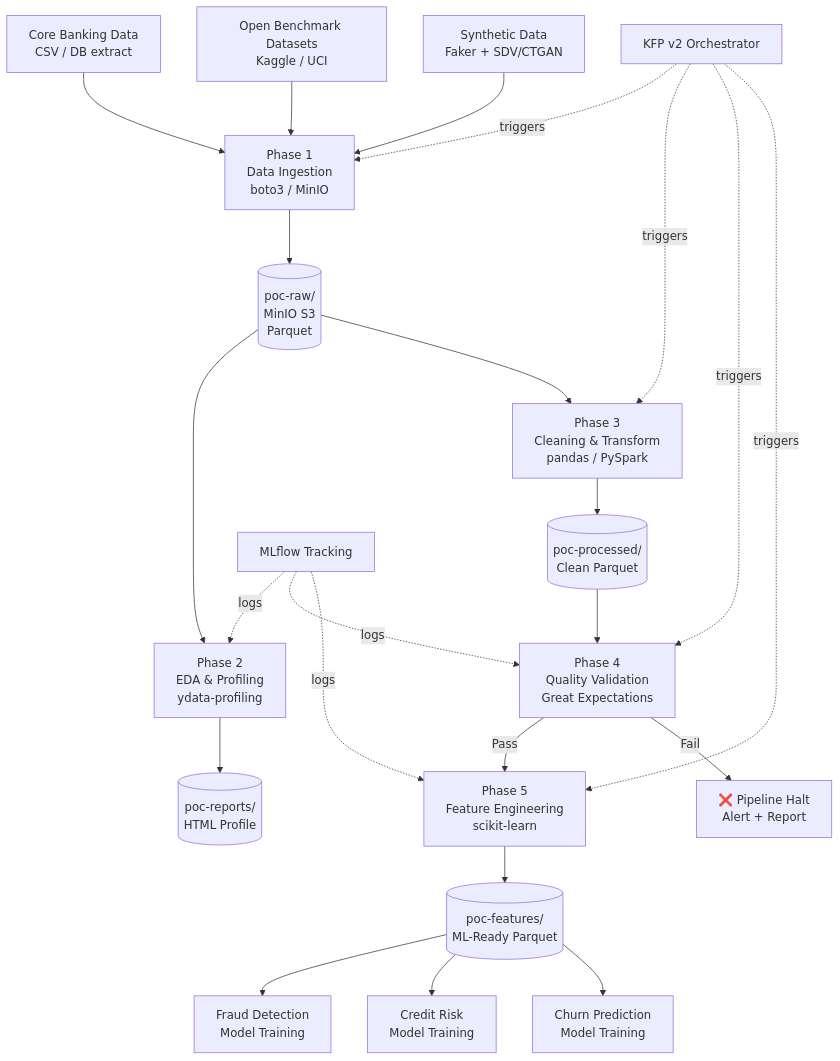
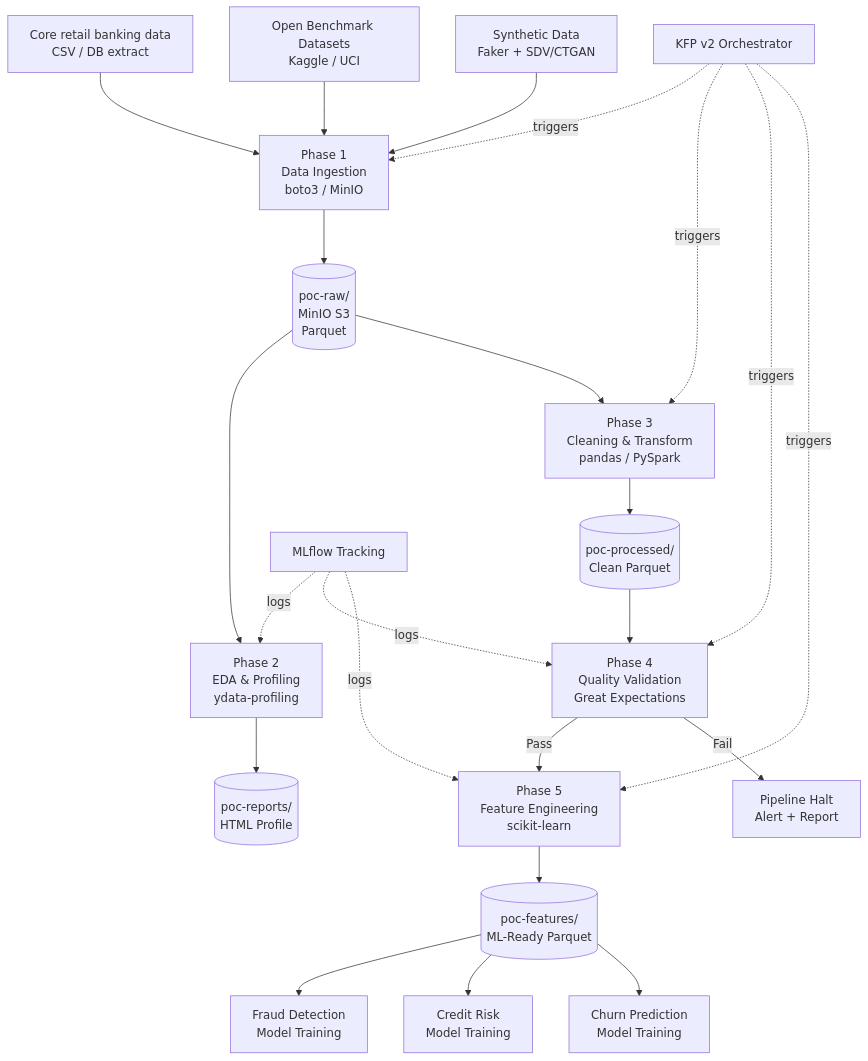
One commit to iwakiel/openshift-ai-data-prep-poc changed the diagram in docs/architecture.md. Above: the diagram before and after it, drawn with Mermaid. The commit also changed other lines of this file and 11 other files, not shown here.

First line of the commit message:
refactor: retail banking focus, fix KFP imports, remove all icons

````diff
--- a/docs/architecture.md
+++ b/docs/architecture.md
@@ -32,33 +32,33 @@
 ```mermaid
 flowchart TD
-    A1[Core Banking Data\nCSV / DB extract] --> ING
-    A2[Open Benchmark Datasets\nKaggle / UCI] --> ING
-    A3[Synthetic Data\nFaker + SDV/CTGAN] --> ING
+ A1[Core retail banking data\nCSV / DB extract] --> ING
+ A2[Open Benchmark Datasets\nKaggle / UCI] --> ING
+ A3[Synthetic Data\nFaker + SDV/CTGAN] --> ING
 
-    ING[Phase 1\nData Ingestion\nboto3 / MinIO] --> RAW[(poc-raw/\nMinIO S3\nParquet)]
+ ING[Phase 1\nData Ingestion\nboto3 / MinIO] --> RAW[(poc-raw/\nMinIO S3\nParquet)]
 
-    RAW --> EDA[Phase 2\nEDA & Profiling\nydata-profiling]
-    EDA --> REPORT[(poc-reports/\nHTML Profile)]
+ RAW --> EDA[Phase 2\nEDA & Profiling\nydata-profiling]
+ EDA --> REPORT[(poc-reports/\nHTML Profile)]
 
-    RAW --> CLN[Phase 3\nCleaning & Transform\npandas / PySpark]
-    CLN --> CLEAN[(poc-processed/\nClean Parquet)]
+ RAW --> CLN[Phase 3\nCleaning & Transform\npandas / PySpark]
+ CLN --> CLEAN[(poc-processed/\nClean Parquet)]
 
-    CLEAN --> VAL[Phase 4\nQuality Validation\nGreat Expectations]
-    VAL -->|Pass| FE[Phase 5\nFeature Engineering\nscikit-learn]
-    VAL -->|Fail| HALT[❌ Pipeline Halt\nAlert + Report]
+ CLEAN --> VAL[Phase 4\nQuality Validation\nGreat Expectations]
+ VAL -->|Pass| FE[Phase 5\nFeature Engineering\nscikit-learn]
+ VAL -->|Fail| HALT[ Pipeline Halt\nAlert + Report]
 
-    FE --> FEAT[(poc-features/\nML-Ready Parquet)]
+ FE --> FEAT[(poc-features/\nML-Ready Parquet)]
 
-    FEAT --> M1[Fraud Detection\nModel Training]
-    FEAT --> M2[Credit Risk\nModel Training]
-    FEAT --> M3[Churn Prediction\nModel Training]
+ FEAT --> M1[Fraud Detection\nModel Training]
+ FEAT --> M2[Credit Risk\nModel Training]
+ FEAT --> M3[Churn Prediction\nModel Training]
 
-    KFP[KFP v2 Orchestrator] -. triggers .-> ING
-    KFP -. triggers .-> CLN
-    KFP -. triggers .-> VAL
-    KFP -. triggers .-> FE
+ KFP[KFP v2 Orchestrator] -. triggers .-> ING
+ KFP -. triggers .-> CLN
+ KFP -. triggers .-> VAL
+ KFP -. triggers .-> FE
 
-    MLF[MLflow Tracking] -. logs .-> EDA
-    MLF -. logs .-> VAL
-    MLF -. logs .-> FE
+ MLF[MLflow Tracking] -. logs .-> EDA
+ MLF -. logs .-> VAL
+ MLF -. logs .-> FE
 ```
````
